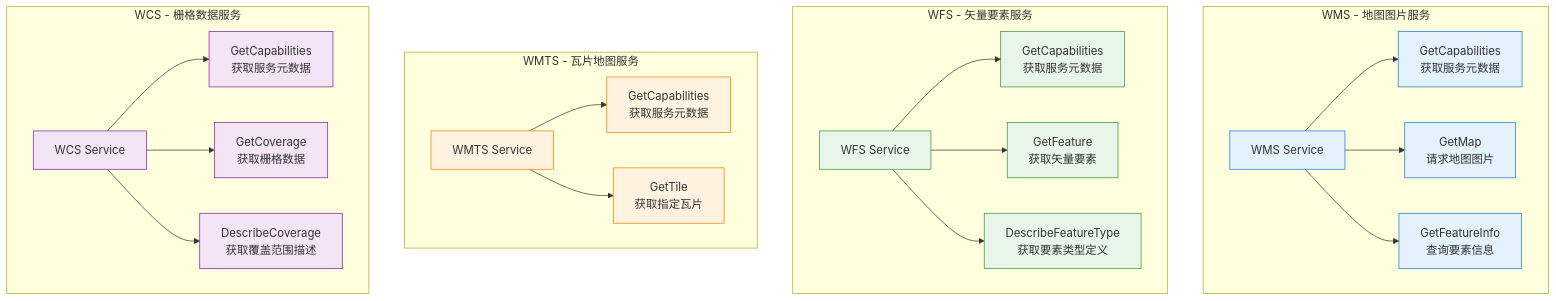
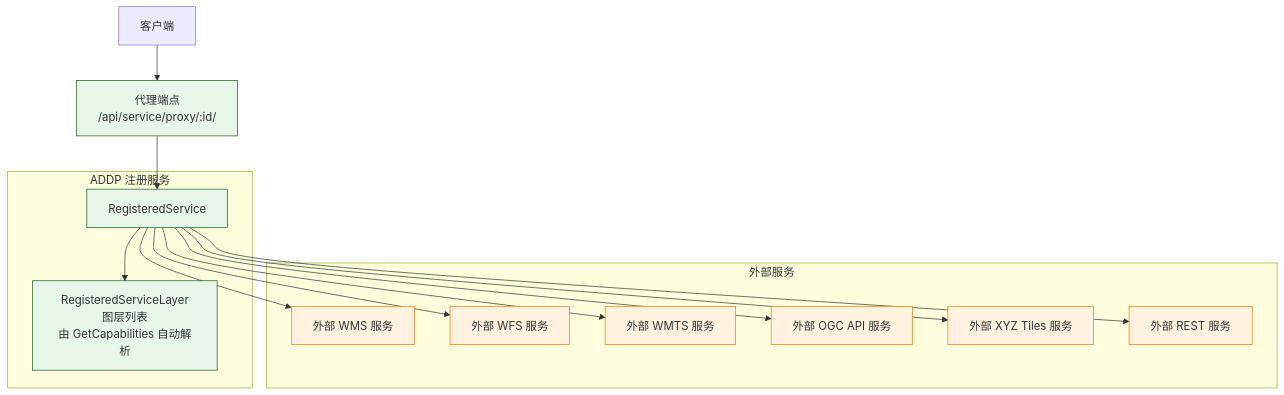
The third of 4 diagrams in docs/concepts/addp数据服务体系图.md (pampa0629/addp), drawn with Mermaid before and after one commit. The commit also changed other lines of this file and 54 other files, not shown here.

````diff
--- a/docs/concepts/addp数据服务体系图.md
+++ b/docs/concepts/addp数据服务体系图.md
@@ -81,39 +144,26 @@
 ```mermaid
 graph TB
-    subgraph "WMS - 地图图片服务"
-        WMS[WMS Service]
-        WMS --> GetCap1[GetCapabilities<br/>获取服务元数据]
-        WMS --> GetMap[GetMap<br/>请求地图图片]
-        WMS --> GetFeature1[GetFeatureInfo<br/>查询要素信息]
+    subgraph "ADDP 注册服务"
+        RS[RegisteredService]
+        RSL[RegisteredServiceLayer<br/>图层列表<br/>由 GetCapabilities 自动解析]
+        RS --> RSL
     end
 
-    subgraph "WFS - 矢量要素服务"
-        WFS[WFS Service]
-        WFS --> GetCap2[GetCapabilities<br/>获取服务元数据]
-        WFS --> GetFeature2[GetFeature<br/>获取矢量要素]
-        WFS --> DescFeature[DescribeFeatureType<br/>获取要素类型定义]
+    subgraph "外部服务"
+        ExtWMS[外部 WMS 服务]
+        ExtWFS[外部 WFS 服务]
+        ExtWMTS[外部 WMTS 服务]
+        ExtOGC[外部 OGC API 服务]
+        ExtXYZ[外部 XYZ Tiles 服务]
+        ExtREST[外部 REST 服务]
     end
 
-    subgraph "WMTS - 瓦片地图服务"
-        WMTS[WMTS Service]
-        WMTS --> GetCap3[GetCapabilities<br/>获取服务元数据]
-        WMTS --> GetTile[GetTile<br/>获取指定瓦片]
-    end
+    User[客户端] --> Proxy[代理端点<br/>/api/service/proxy/:id/]
+    Proxy --> RS
+    RS --> ExtWMS & ExtWFS & ExtWMTS & ExtOGC & ExtXYZ & ExtREST
 
-    subgraph "WCS - 栅格数据服务"
-        WCS[WCS Service]
-        WCS --> GetCap4[GetCapabilities<br/>获取服务元数据]
-        WCS --> GetCoverage[GetCoverage<br/>获取栅格数据]
-        WCS --> DescCoverage[DescribeCoverage<br/>获取覆盖范围描述]
-    end
-
-    classDef wms fill:#e3f2fd,stroke:#1976d2
-    classDef wfs fill:#e8f5e9,stroke:#388e3c
-    classDef wmts fill:#fff3e0,stroke:#f57c00
-    classDef wcs fill:#f3e5f5,stroke:#7b1fa2
-
-    class WMS,GetCap1,GetMap,GetFeature1 wms
-    class WFS,GetCap2,GetFeature2,DescFeature wfs
-    class WMTS,GetCap3,GetTile wmts
-    class WCS,GetCap4,GetCoverage,DescCoverage wcs
+    classDef external fill:#fff3e0,stroke:#f57c00
+    classDef internal fill:#e8f5e9,stroke:#1b5e20
+    class ExtWMS,ExtWFS,ExtWMTS,ExtOGC,ExtXYZ,ExtREST external
+    class RS,RSL,Proxy internal
 ```
````
